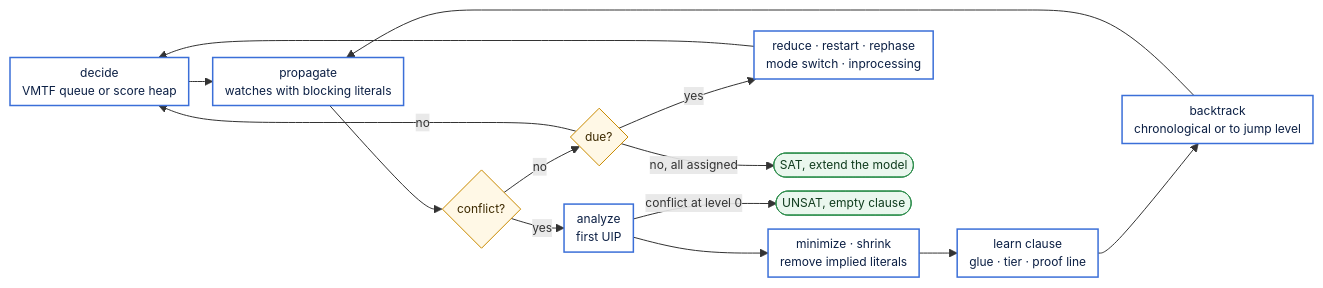
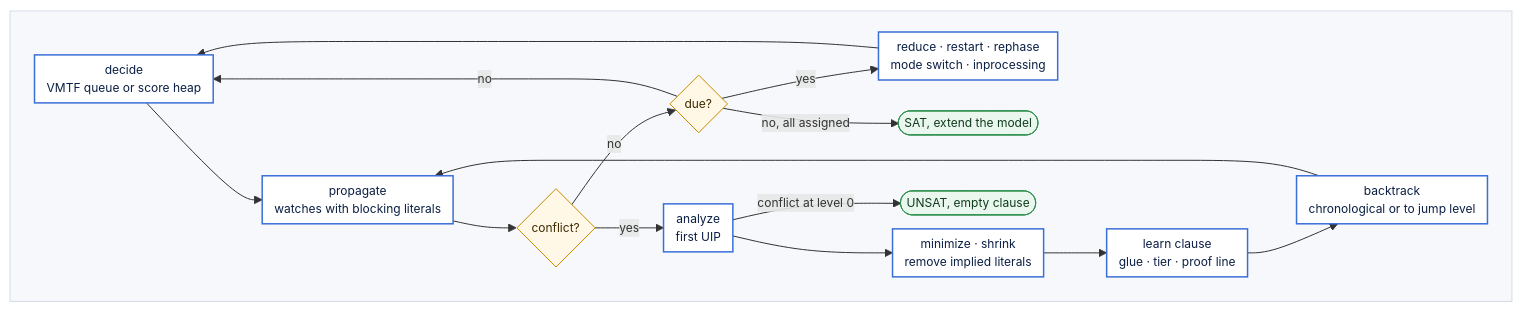
One commit to orkait/xsat changed the diagram in docs/conflict.mmd. Above: the diagram before and after it, drawn with Mermaid. The commit also changed 5 other files, not shown here.

Commit message:
docs(xsat): give the diagrams a solid light background (#635)

```diff
--- a/docs/conflict.mmd
+++ b/docs/conflict.mmd
@@ -1,26 +1,30 @@
 %%{init: {"themeVariables": {"fontSize": "12px"}, "flowchart": {"nodeSpacing": 14, "rankSpacing": 24, "padding": 6, "wrappingWidth": 260, "diagramPadding": 4}}}%%
 flowchart LR
   classDef step fill:#ffffff,stroke:#3b6fd8,stroke-width:1.5px,color:#0b1f44
   classDef decision fill:#fff8e6,stroke:#c98a00,color:#3d2a00
   classDef outcome fill:#eaf7ee,stroke:#2f8f4e,color:#0f3b1d
 
+  subgraph canvas[" "]
+  direction LR
   decide[decide<br/>VMTF queue or score heap]:::step
   prop[propagate<br/>watches with blocking literals]:::step
   conflict{conflict?}:::decision
   analyze[analyze<br/>first UIP]:::step
   minimize[minimize · shrink<br/>remove implied literals]:::step
   learn[learn clause<br/>glue · tier · proof line]:::step
   backtrack[backtrack<br/>chronological or to jump level]:::step
   schedule{due?}:::decision
   maintain[reduce · restart · rephase<br/>mode switch · inprocessing]:::step
   sat(["SAT, extend the model"]):::outcome
   unsat(["UNSAT, empty clause"]):::outcome
+  end
+  style canvas fill:#f6f8fb,stroke:#d5dbe6,stroke-width:1px
 
   decide --> prop --> conflict
   conflict -- no --> schedule
   schedule -- yes --> maintain --> decide
   schedule -- "no, all assigned" --> sat
   schedule -- no --> decide
   conflict -- yes --> analyze
   analyze --> minimize --> learn --> backtrack --> prop
   analyze -- "conflict at level 0" --> unsat
```
